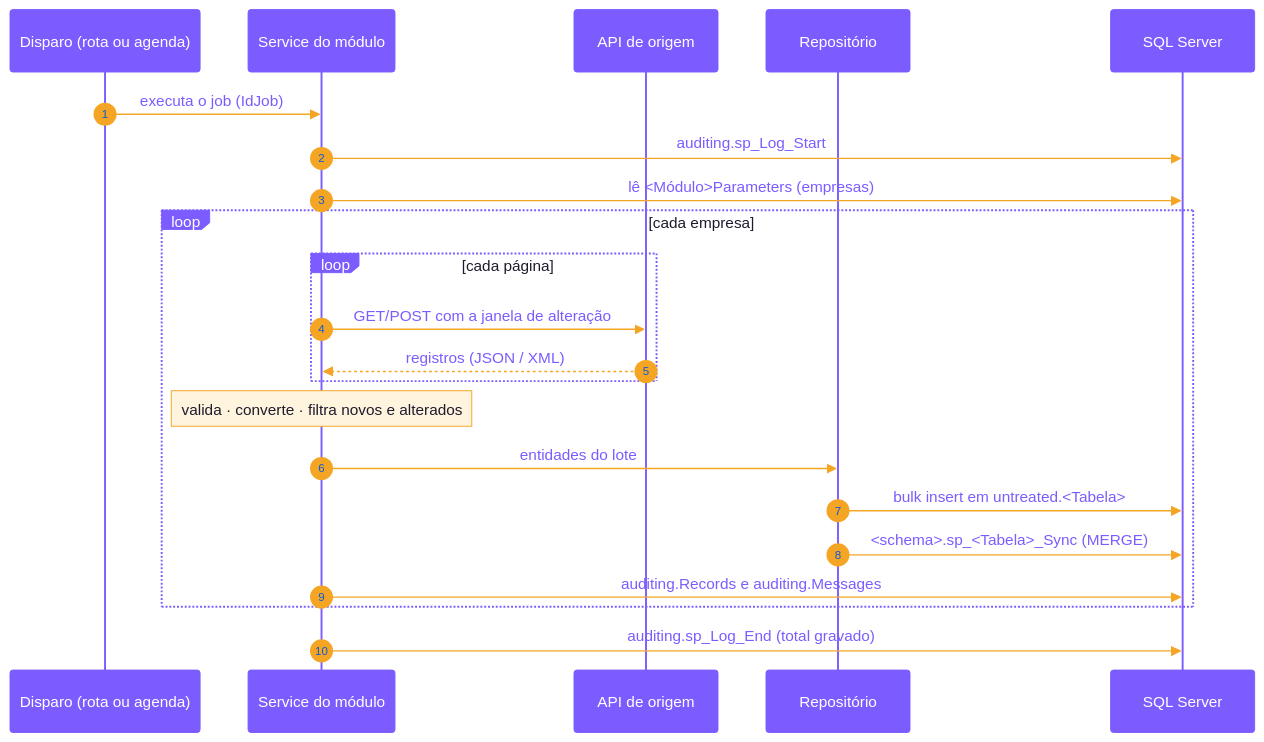
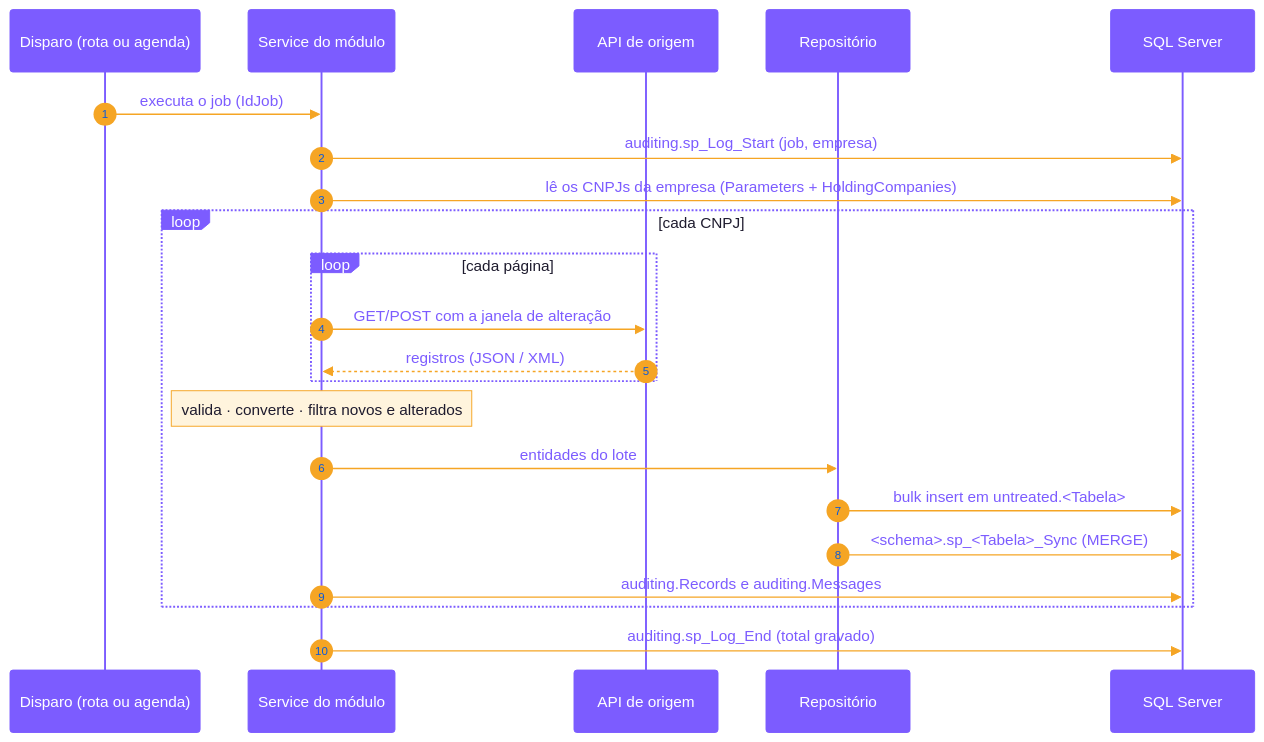
Before and after one commit to cayo-kume/extract-transform-load-integrations-system: the fourth of 11 diagrams in README.md, drawn with Mermaid. The commit also changed other lines of this file and 17 other files, not shown here.

````diff
--- a/README.md
+++ b/README.md
@@ -218,26 +234,26 @@
 ```mermaid
 %%{init: {'theme':'base','themeVariables':{'primaryColor':'#1e1b2e','primaryTextColor':'#ffffff','primaryBorderColor':'#7c5cff','lineColor':'#f5a524','actorBkg':'#7c5cff','actorTextColor':'#ffffff','actorBorder':'#7c5cff','signalColor':'#f5a524','signalTextColor':'#7c5cff','noteBkgColor':'#fff4dd','noteTextColor':'#1e1b2e','noteBorderColor':'#f5a524','activationBkgColor':'#ede9fe','activationBorderColor':'#7c5cff','labelBoxBkgColor':'#7c5cff','labelBoxBorderColor':'#7c5cff','labelTextColor':'#ffffff','loopTextColor':'#1e1b2e'}}}%%
 sequenceDiagram
     autonumber
     participant D as Disparo (rota ou agenda)
     participant S as Service do módulo
     participant A as API de origem
     participant R as Repositório
     participant B as SQL Server
 
     D->>S: executa o job (IdJob)
-    S->>B: auditing.sp_Log_Start
-    S->>B: lê <Módulo>Parameters (empresas)
-    loop cada empresa
+    S->>B: auditing.sp_Log_Start (job, empresa)
+    S->>B: lê os CNPJs da empresa (Parameters + HoldingCompanies)
+    loop cada CNPJ
         loop cada página
             S->>A: GET/POST com a janela de alteração
             A-->>S: registros (JSON / XML)
         end
         Note over S: valida · converte · filtra novos e alterados
         S->>R: entidades do lote
         R->>B: bulk insert em untreated.<Tabela>
         R->>B: <schema>.sp_<Tabela>_Sync (MERGE)
         S->>B: auditing.Records e auditing.Messages
     end
     S->>B: auditing.sp_Log_End (total gravado)
 ```
````
